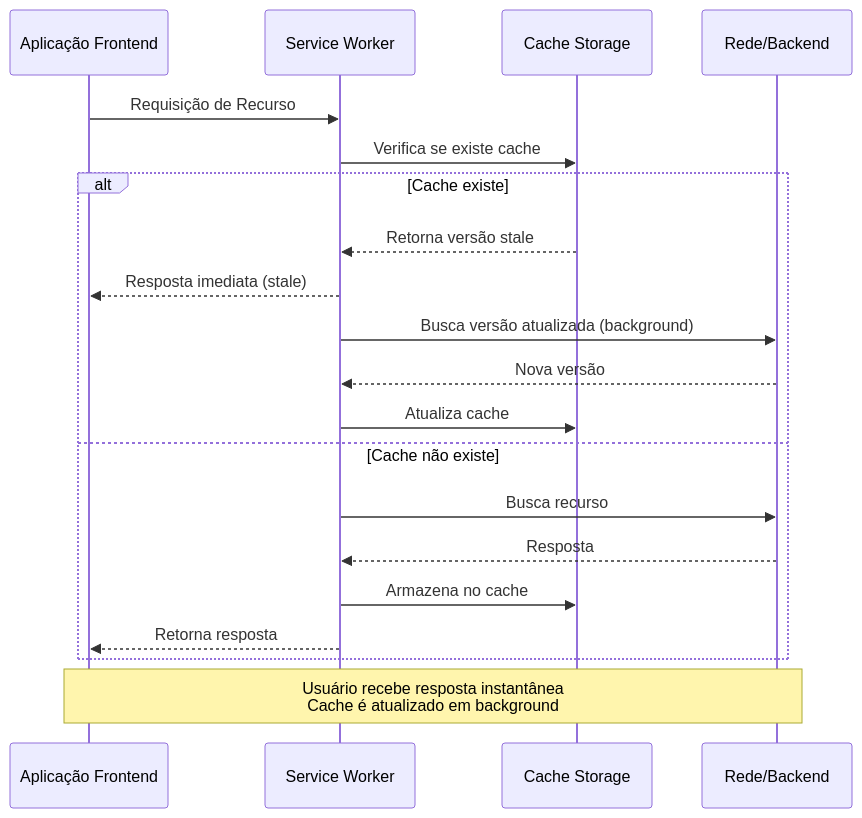
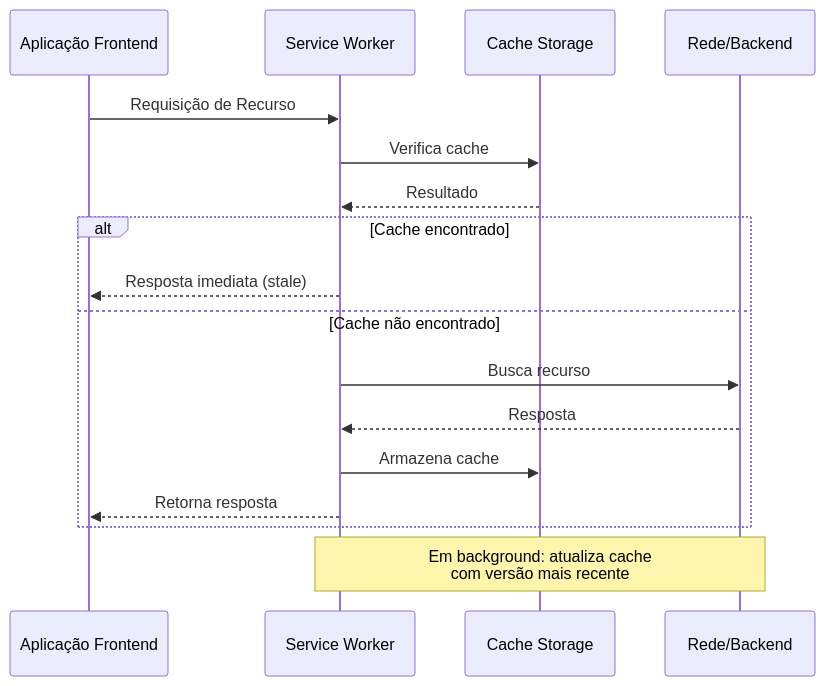
One commit to jgamaraalv/movies changed the second of 3 diagrams in docs/PROJECT_ARCHITECTURE.MD. Above: the diagram before and after it, drawn with Mermaid. The commit also changed other lines of this file, not shown here.

Commit message:
fixes project artchitecture md file

````diff
--- a/docs/PROJECT_ARCHITECTURE.MD
+++ b/docs/PROJECT_ARCHITECTURE.MD
@@ -339,25 +339,22 @@
 ```mermaid
 sequenceDiagram
     participant App as Aplicação Frontend
-    participant SW as Service Worker
+    participant ServiceWorker as Service Worker
     participant Cache as Cache Storage
     participant Network as Rede/Backend
 
-    App->>SW: Requisição de Recurso
-    SW->>Cache: Verifica se existe cache
+    App->>ServiceWorker: Requisição de Recurso
+    ServiceWorker->>Cache: Verifica cache
+    Cache-->>ServiceWorker: Resultado
 
-    alt Cache existe
-        Cache-->>SW: Retorna versão stale
-        SW-->>App: Resposta imediata (stale)
-        SW->>Network: Busca versão atualizada (background)
-        Network-->>SW: Nova versão
-        SW->>Cache: Atualiza cache
-    else Cache não existe
-        SW->>Network: Busca recurso
-        Network-->>SW: Resposta
-        SW->>Cache: Armazena no cache
-        SW-->>App: Retorna resposta
+    alt Cache encontrado
+        ServiceWorker-->>App: Resposta imediata (stale)
+    else Cache não encontrado
+        ServiceWorker->>Network: Busca recurso
+        Network-->>ServiceWorker: Resposta
+        ServiceWorker->>Cache: Armazena cache
+        ServiceWorker-->>App: Retorna resposta
     end
 
-    Note over App,Network: Usuário recebe resposta instantânea<br/>Cache é atualizado em background
+    Note over ServiceWorker,Network: Em background: atualiza cache<br/>com versão mais recente
 ```
````
